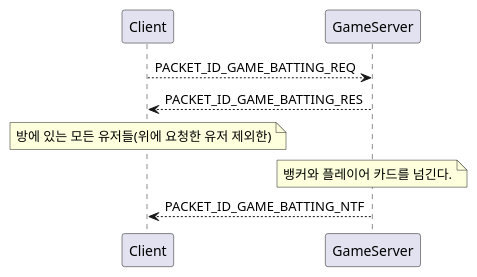
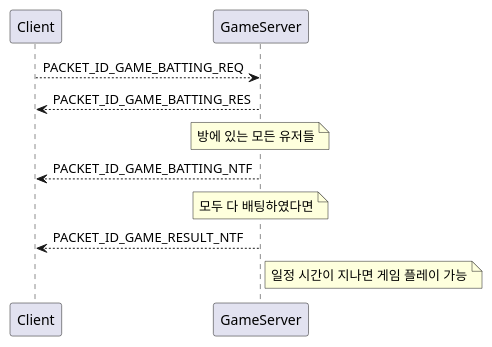
One commit to jacking75/edu_GolangSocketGameServer changed the diagram in baccaratServer/docs/52_Batting.puml. Above: the diagram before and after it, drawn with PlantUML. The commit also changed 12 other files, not shown here.

```diff
--- a/baccaratServer/docs/52_Batting.puml
+++ b/baccaratServer/docs/52_Batting.puml
@@ -1,9 +1,12 @@
 @startuml
 Client --> GameServer: PACKET_ID_GAME_BATTING_REQ
 
 GameServer --> Client: PACKET_ID_GAME_BATTING_RES
 
-note over Client: 방에 있는 모든 유저들(위에 요청한 유저 제외한)
-note over GameServer: 뱅커와 플레이어 카드를 넘긴다.
+note over GameServer: 방에 있는 모든 유저들
 GameServer --> Client: PACKET_ID_GAME_BATTING_NTF
+
+note over GameServer: 모두 다 배팅하였다면
+GameServer --> Client: PACKET_ID_GAME_RESULT_NTF
+note right GameServer: 일정 시간이 지나면 게임 플레이 가능
 @enduml
```
